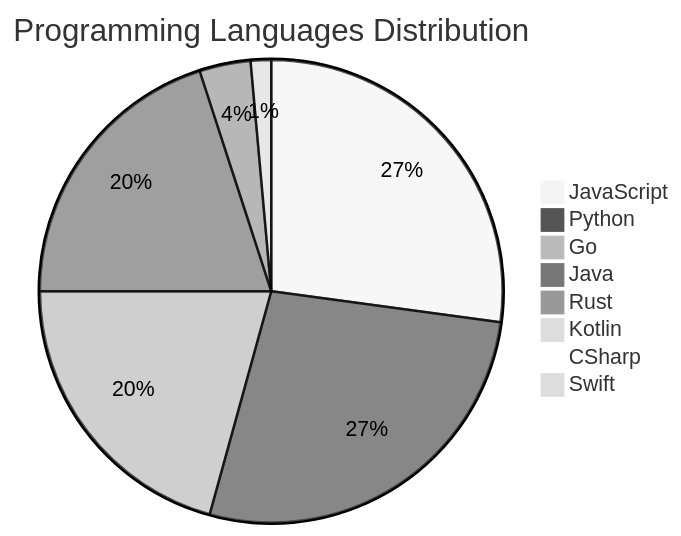
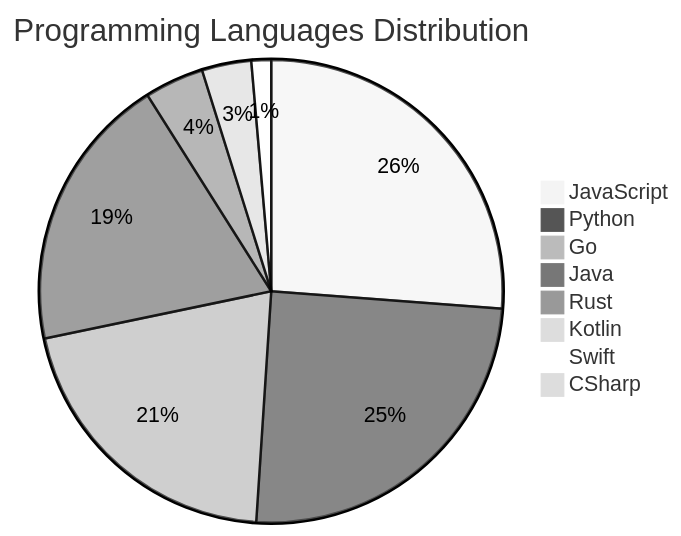
The diagram in README.md (Derrick-MUGISHA/github-activity-bot), drawn with Mermaid (neutral theme) before and after one commit. The commit also changed other lines of this file and 4 other files, not shown here.

````diff
--- a/README.md
+++ b/README.md
@@ -208,11 +208,11 @@
 ```mermaid
 pie title Programming Languages Distribution
     "JavaScript" : 38
-    "Python" : 38
-    "Go" : 29
+    "Python" : 36
+    "Go" : 30
     "Java" : 28
-    "Rust" : 5
-    "Kotlin" : 2
+    "Rust" : 6
+    "Kotlin" : 5
+    "Swift" : 2
     "CSharp" : 1
-    "Swift" : 1
 ```
````
